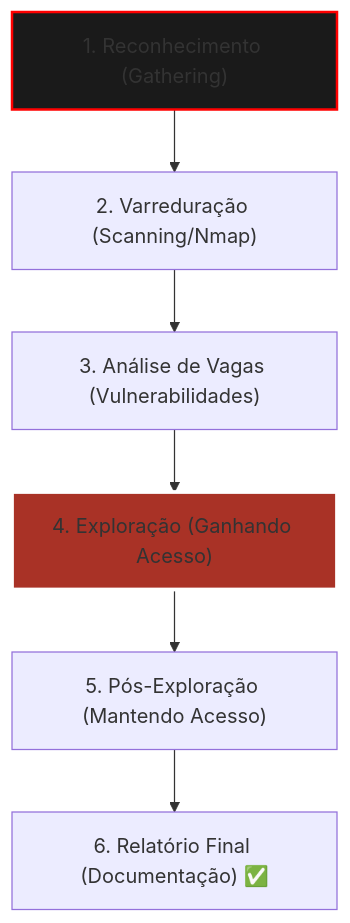
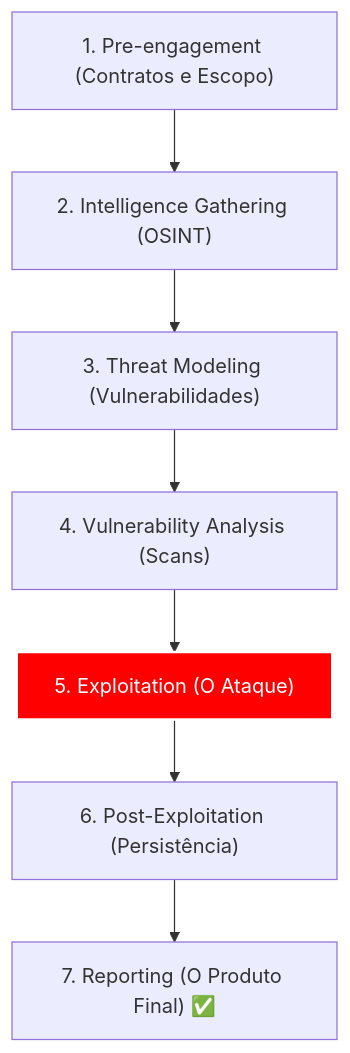
Before and after one commit to Mushyc/WIKI_MATHEUS_TI: the diagram in guias/Curso_Pratico_Kali_Expert.md, drawn with Mermaid. The commit also changed other lines of this file and 18 other files, not shown here.

````diff
--- a/guias/Curso_Pratico_Kali_Expert.md
+++ b/guias/Curso_Pratico_Kali_Expert.md
@@ -13,11 +13,11 @@
 ```mermaid
 graph TD
-    A["1. Reconhecimento (Gathering)"] --> B["2. Varreduração (Scanning/Nmap)"]
-    B --> C["3. Análise de Vagas (Vulnerabilidades)"]
-    C --> D["4. Exploração (Ganhando Acesso)"]
-    D --> E["5. Pós-Exploração (Mantendo Acesso)"]
-    E --> F["6. Relatório Final (Documentação) ✅"]
+    A["1. Pre-engagement (Contratos e Escopo)"] --> B["2. Intelligence Gathering (OSINT)"]
+    B --> C["3. Threat Modeling (Vulnerabilidades)"]
+    C --> D["4. Vulnerability Analysis (Scans)"]
+    D --> E["5. Exploitation (O Ataque)"]
+    E --> F["6. Post-Exploitation (Persistência)"]
+    F --> G["7. Reporting (O Produto Final) ✅"]
     
-    style A fill:#1a1a1a,stroke:#ff0000,stroke-width:2px
-    style D fill:#a93226,stroke:#fff,stroke-width:3px
+    style E fill:#ff0000,stroke:#fff,stroke-width:2px,color:#fff
 ```
````
